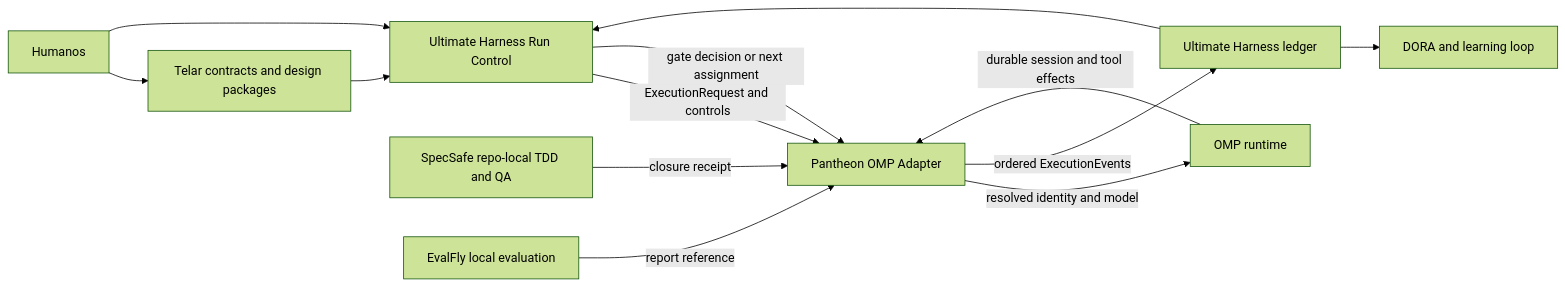
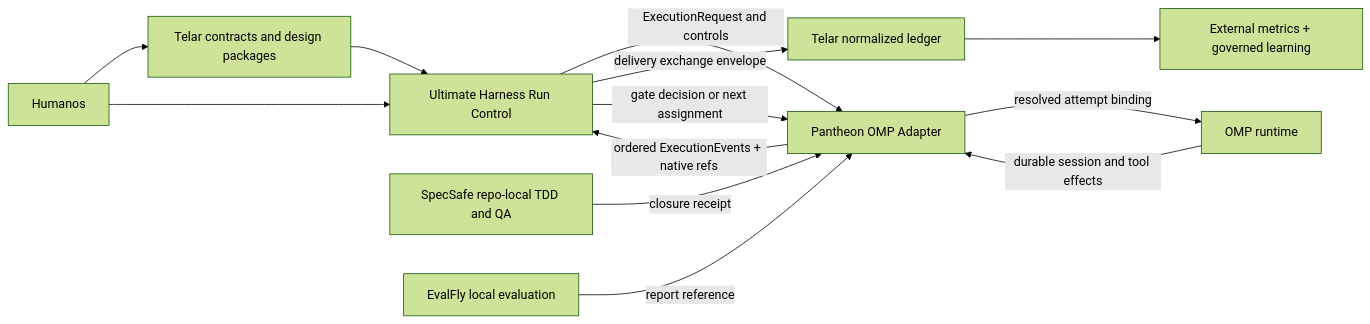
One commit to Agentic-Engineering-Agency/omp-pantheon changed the diagram in docs/telar-integration.md. Above: the diagram before and after it, drawn with Mermaid (forest theme). The commit also changed other lines of this file and 2 other files, not shown here.

First line of the commit message:
docs: scope Pantheon as the OMP Execution Adapter and bound review loops

````diff
--- a/docs/telar-integration.md
+++ b/docs/telar-integration.md
@@ -69,15 +85,15 @@
 ```mermaid
 flowchart LR
     H[Humanos] --> T[Telar contracts and design packages]
     T --> U[Ultimate Harness Run Control]
     H --> U
     U -->|ExecutionRequest and controls| P[Pantheon OMP Adapter]
-    P -->|resolved identity and model| O[OMP runtime]
+    P -->|resolved attempt binding| O[OMP runtime]
     O -->|durable session and tool effects| P
     S[SpecSafe repo-local TDD and QA] -->|closure receipt| P
     E[EvalFly local evaluation] -->|report reference| P
-    P -->|ordered ExecutionEvents| L[Ultimate Harness ledger]
-    L --> U
+    P -->|ordered ExecutionEvents + native refs| U
+    U -->|delivery exchange envelope| L[Telar normalized ledger]
     U -->|gate decision or next assignment| P
-    L --> D[DORA and learning loop]
+    L --> D[External metrics + governed learning]
 ```
````
